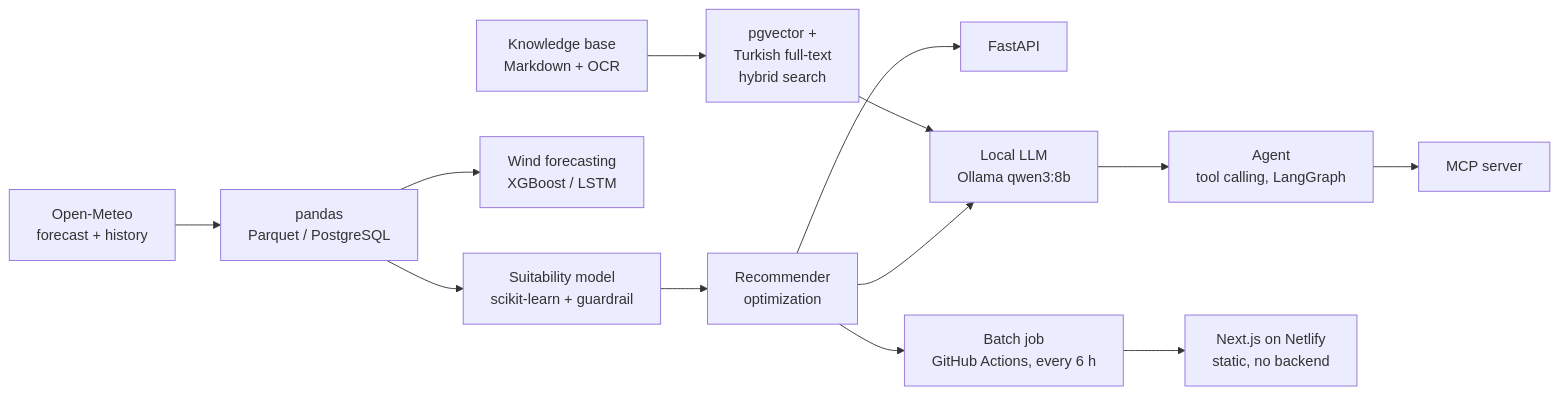
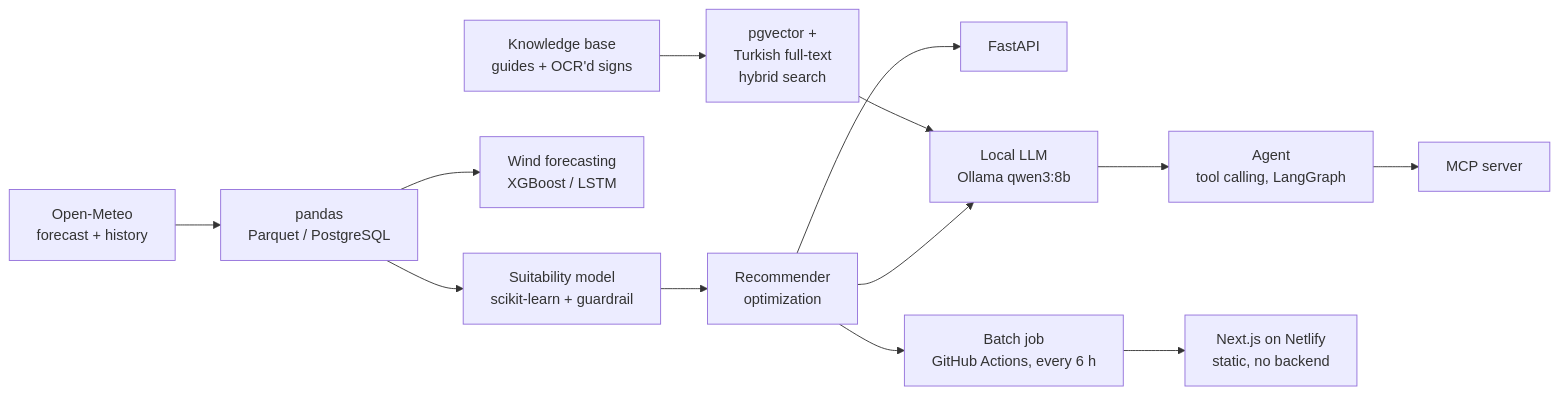
Before and after one commit to boraozisik/spotcast: the diagram in README.md, drawn with Mermaid. The commit also changed other lines of this file, not shown here.

````diff
--- a/README.md
+++ b/README.md
@@ -35,15 +37,15 @@
 ```mermaid
 flowchart LR
     OM[Open-Meteo<br/>forecast + history] --> DATA[pandas<br/>Parquet / PostgreSQL]
     DATA --> CLS[Suitability model<br/>scikit-learn + guardrail]
     DATA --> FC[Wind forecasting<br/>XGBoost / LSTM]
     CLS --> REC[Recommender<br/>optimization]
     REC --> API[FastAPI]
-    KB[Knowledge base<br/>Markdown + OCR] --> RAG[pgvector +<br/>Turkish full-text<br/>hybrid search]
+    KB[Knowledge base<br/>guides + OCR'd signs] --> RAG[pgvector +<br/>Turkish full-text<br/>hybrid search]
     RAG --> LLM[Local LLM<br/>Ollama qwen3:8b]
     REC --> LLM
     LLM --> AG[Agent<br/>tool calling, LangGraph]
     AG --> MCP[MCP server]
     REC --> PUB[Batch job<br/>GitHub Actions, every 6 h]
     PUB --> SITE[Next.js on Netlify<br/>static, no backend]
 ```
````
